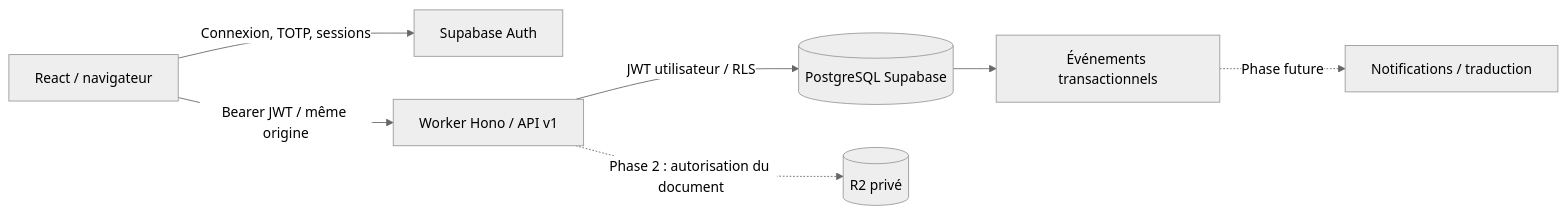
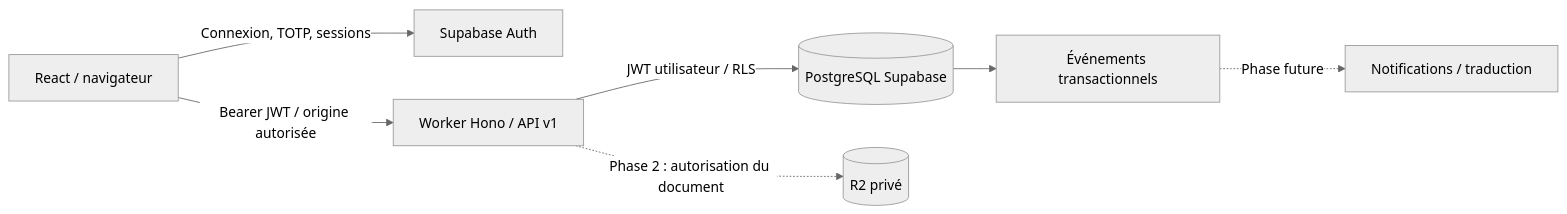
Before and after one commit to Francbouch/Plateforme-Communication-Chine: the diagram in ARCHITECTURE.md, drawn with Mermaid (neutral theme). The commit also changed other lines of this file and 14 other files, not shown here.

````diff
--- a/ARCHITECTURE.md
+++ b/ARCHITECTURE.md
@@ -9,9 +9,9 @@
 ```mermaid
 flowchart LR
  UI[React / navigateur] -->|Connexion, TOTP, sessions| Auth[Supabase Auth]
- UI -->|Bearer JWT / même origine| API[Worker Hono / API v1]
+ UI -->|Bearer JWT / origine autorisée| API[Worker Hono / API v1]
  API -->|JWT utilisateur / RLS| DB[(PostgreSQL Supabase)]
  API -. Phase 2 : autorisation du document .-> R2[(R2 privé)]
  DB --> Outbox[Événements transactionnels]
  Outbox -. Phase future .-> Jobs[Notifications / traduction]
 ```
````
